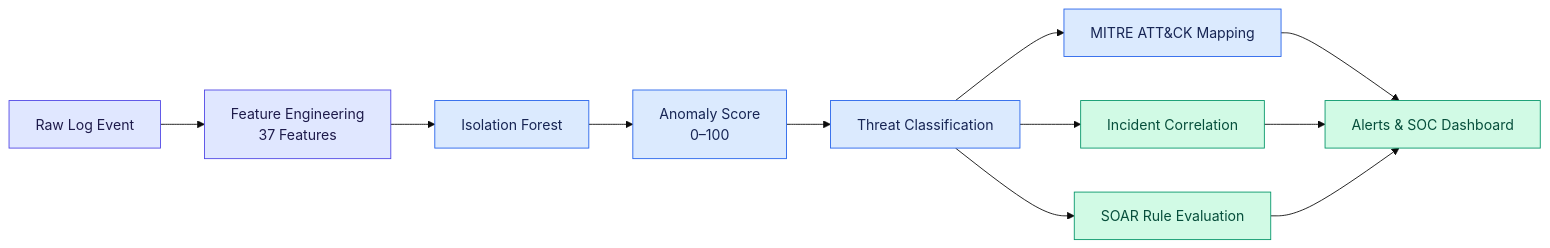
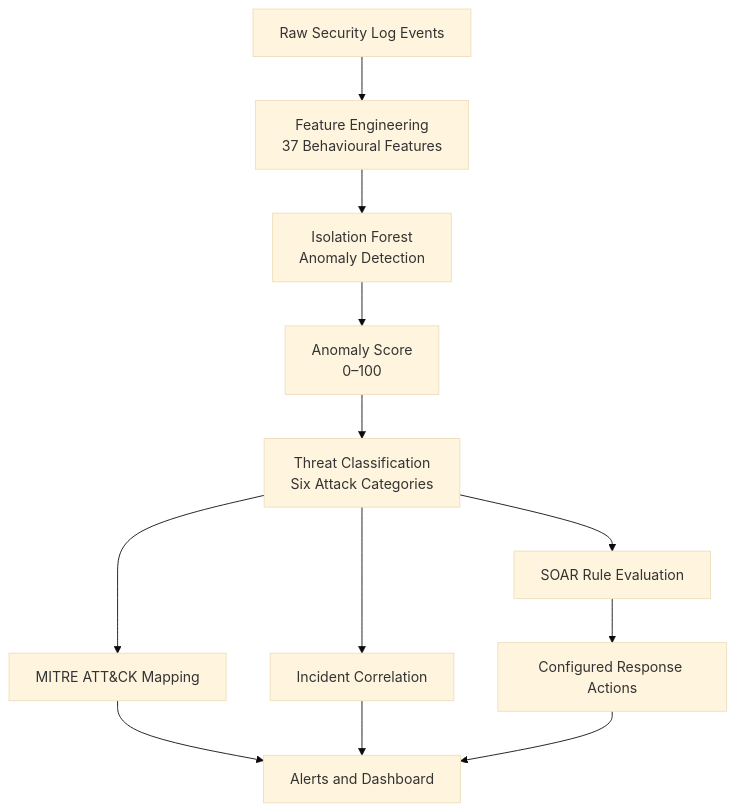
Before and after one commit to Varunpv2005/ai-threat-hunting-platform: the diagram in README.md, drawn with Mermaid (base theme). The commit also changed other lines of this file, not shown here.

````diff
--- a/README.md
+++ b/README.md
@@ -132,20 +90,14 @@
-``` mermaid
-flowchart LR
-    A["Raw Log Event"] --> B["Feature Engineering<br/>37 Features"]
-    B --> C["Isolation Forest"]
+```mermaid
+flowchart TD
+    A["Raw Security Log Events"] --> B["Feature Engineering<br/>37 Behavioural Features"]
+    B --> C["Isolation Forest<br/>Anomaly Detection"]
     C --> D["Anomaly Score<br/>0–100"]
-    D --> E["Threat Classification"]
+    D --> E["Threat Classification<br/>Six Attack Categories"]
     E --> F["MITRE ATT&CK Mapping"]
     E --> G["Incident Correlation"]
     E --> H["SOAR Rule Evaluation"]
-    F --> I["Alerts & SOC Dashboard"]
+    F --> I["Alerts and Dashboard"]
     G --> I
-    H --> I
-
-    classDef source fill:#e0e7ff,stroke:#4f46e5,color:#1e1b4b
-    classDef analysis fill:#dbeafe,stroke:#2563eb,color:#172554
-    classDef output fill:#d1fae5,stroke:#059669,color:#064e3b
-    class A,B source
-    class C,D,E,F analysis
-    class G,H,I output
+    H --> J["Configured Response Actions"]
+    J --> I
 ```
````
